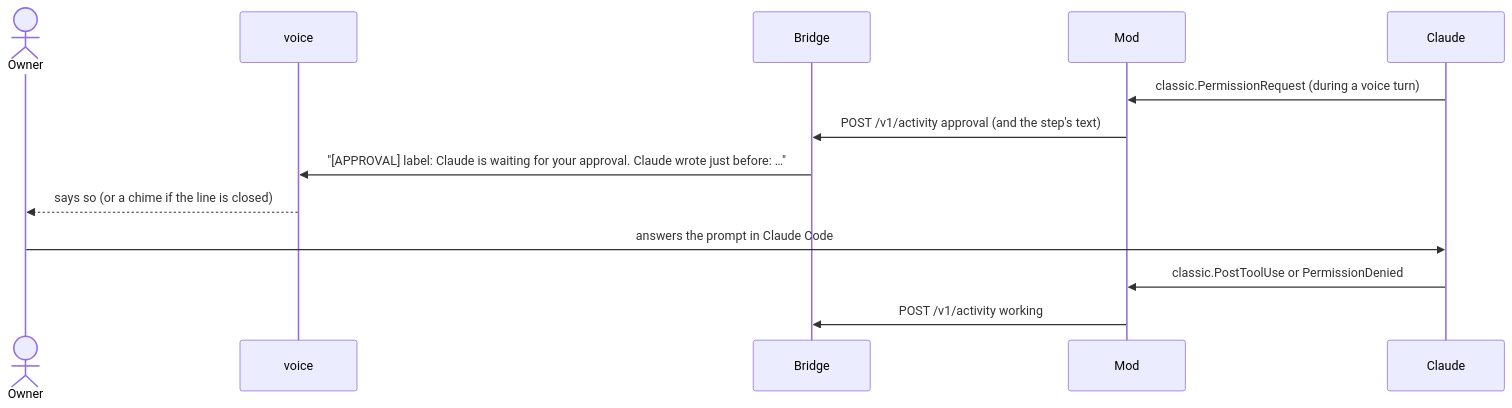
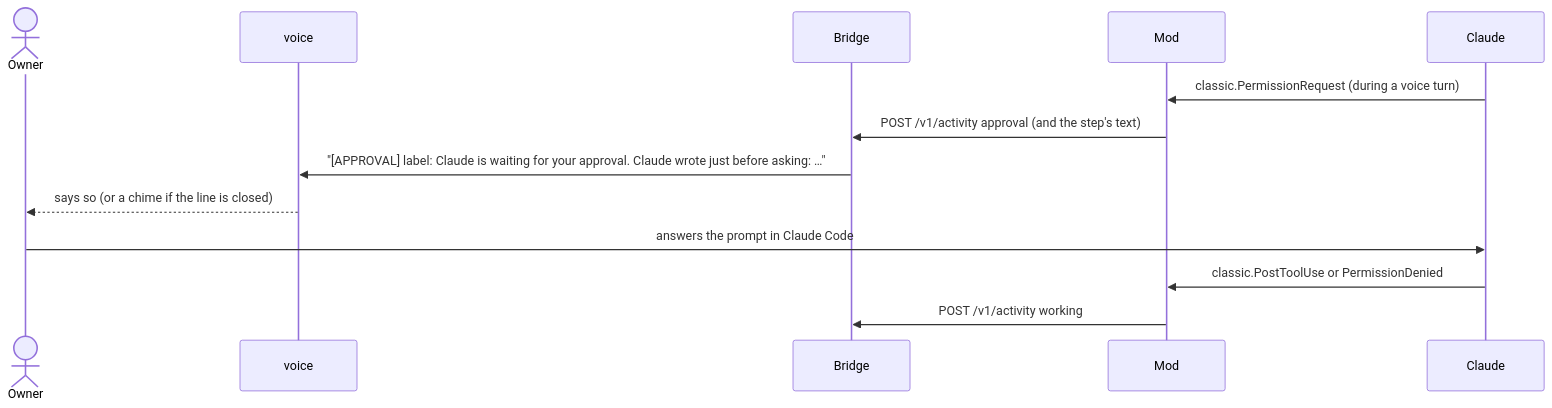
One commit to Nezhinskiy/claude-gpt-live-bridge changed the seventh of 8 diagrams in docs/architecture/overview.md. Above: the diagram before and after it, drawn with Mermaid. The commit also changed other lines of this file and 9 other files, not shown here.

````diff
--- a/docs/architecture/overview.md
+++ b/docs/architecture/overview.md
@@ -303,15 +309,15 @@
 ```mermaid
 sequenceDiagram
   actor Owner
   participant Codex as voice
   participant Bridge
   participant Mod
   participant Claude
   Claude->>Mod: classic.PermissionRequest (during a voice turn)
   Mod->>Bridge: POST /v1/activity approval (and the step's text)
-  Bridge->>Codex: "[APPROVAL] label: Claude is waiting for your approval. Claude wrote just before: …"
+  Bridge->>Codex: "[APPROVAL] label: Claude is waiting for your approval. Claude wrote just before asking: …"
   Codex-->>Owner: says so (or a chime if the line is closed)
   Owner->>Claude: answers the prompt in Claude Code
   Claude->>Mod: classic.PostToolUse or PermissionDenied
   Mod->>Bridge: POST /v1/activity working
 ```
````
